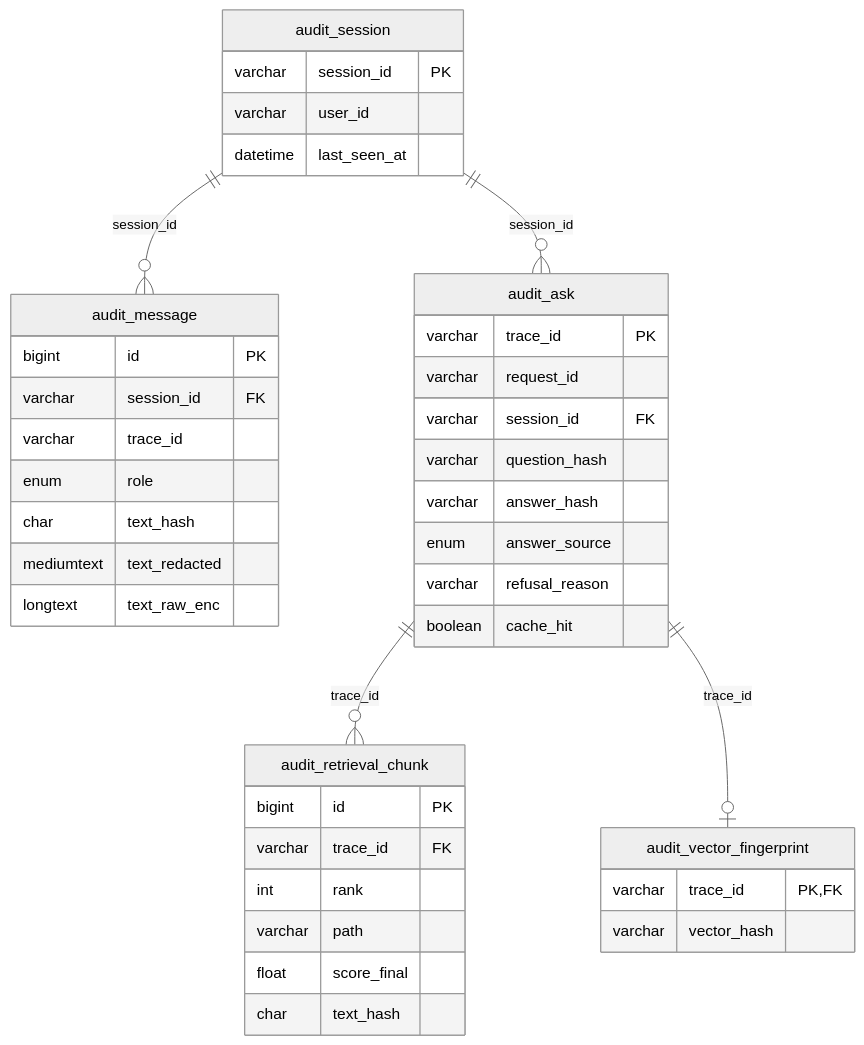
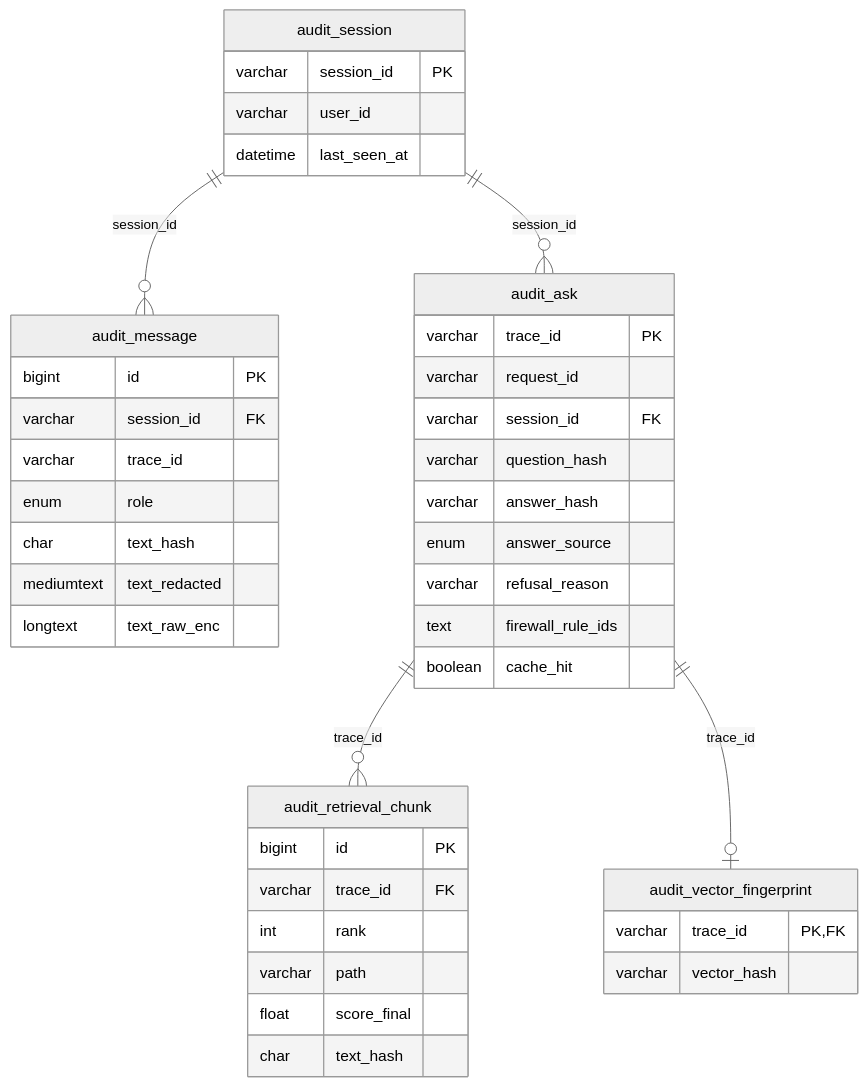
The fifth of 7 diagrams in docs/diagrams.md (leopas/teste-overlabs), drawn with Mermaid (neutral theme) before and after one commit. The commit also changed 26 other files, not shown here.

````diff
--- a/docs/diagrams.md
+++ b/docs/diagrams.md
@@ -135,44 +135,45 @@
 ```mermaid
 erDiagram
     audit_session ||--o{ audit_message : "session_id"
     audit_session ||--o{ audit_ask : "session_id"
     audit_ask ||--o{ audit_retrieval_chunk : "trace_id"
     audit_ask ||--o| audit_vector_fingerprint : "trace_id"
 
     audit_session {
         varchar session_id PK
         varchar user_id
         datetime last_seen_at
     }
     audit_message {
         bigint id PK
         varchar session_id FK
         varchar trace_id
         enum role
         char text_hash
         mediumtext text_redacted
         longtext text_raw_enc
     }
     audit_ask {
         varchar trace_id PK
         varchar request_id
         varchar session_id FK
         varchar question_hash
         varchar answer_hash
         enum answer_source
         varchar refusal_reason
+        text firewall_rule_ids
         boolean cache_hit
     }
     audit_retrieval_chunk {
         bigint id PK
         varchar trace_id FK
         int rank
         varchar path
         float score_final
         char text_hash
     }
     audit_vector_fingerprint {
         varchar trace_id PK,FK
         varchar vector_hash
     }
 ```
````
